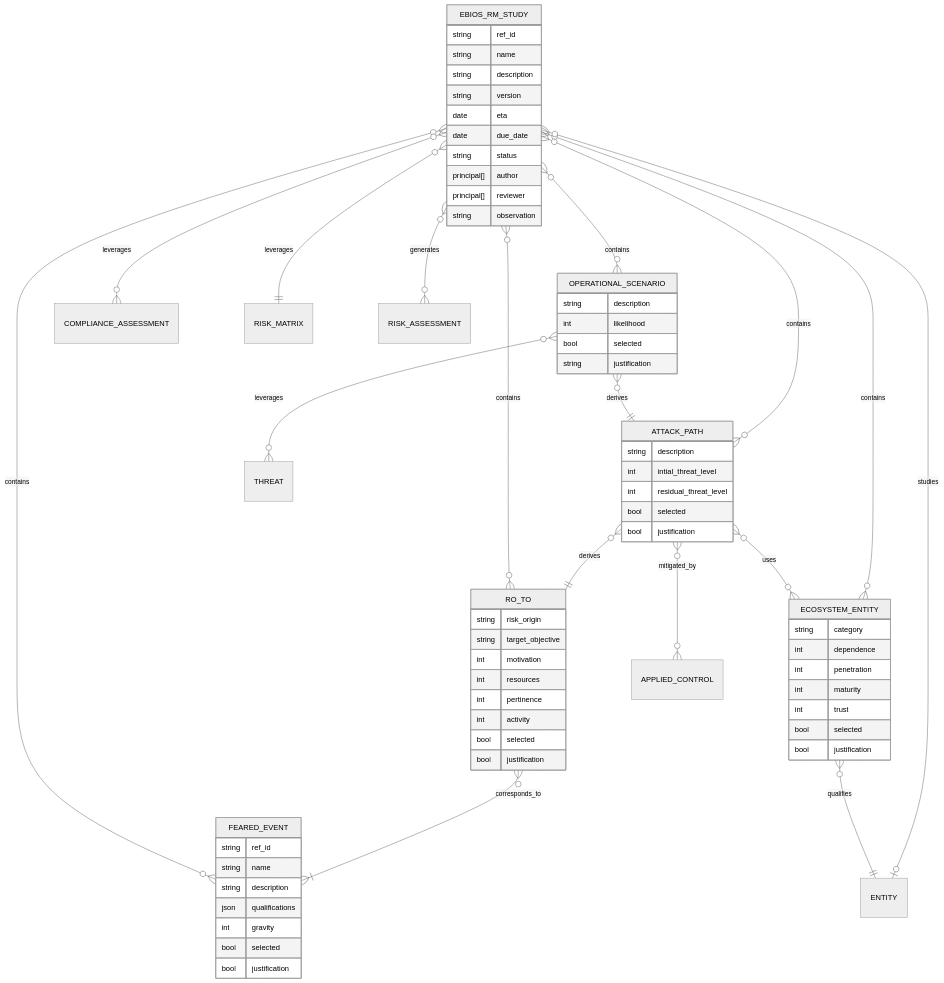
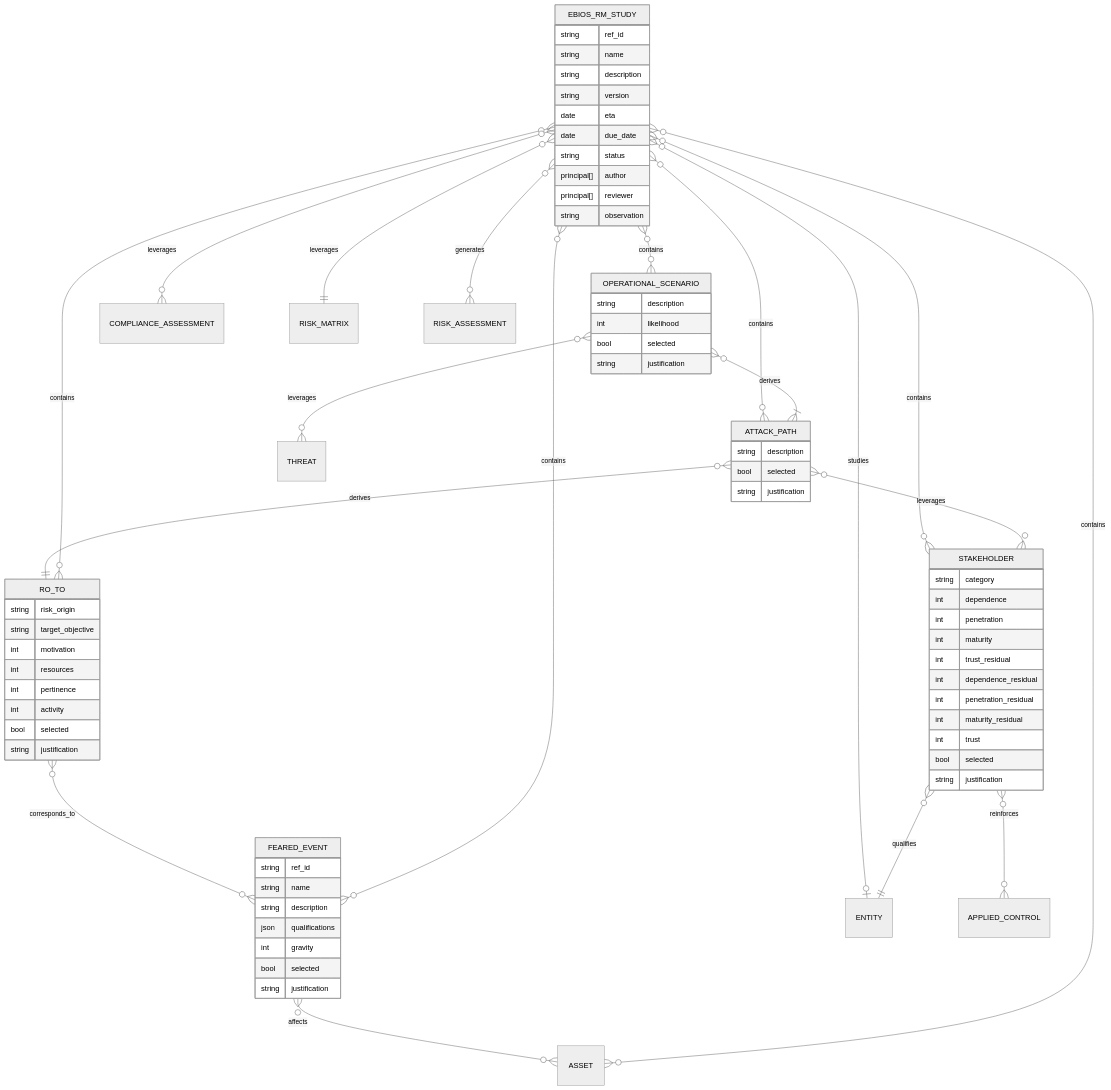
Before and after one commit to intuitem/ciso-assistant-community: the tenth of 10 diagrams in documentation/architecture/data-model.md, drawn with Mermaid (neutral theme). The commit also changed other lines of this file, not shown here.

Commit message:
Update data-model.md
fix ebios-rm model
ecosystem_entity -> stakeholder

```diff
--- a/documentation/architecture/data-model.md
+++ b/documentation/architecture/data-model.md
@@ -1258,21 +1258,23 @@
 erDiagram
 
     ATTACK_PATH           }o--|| RO_TO                : derives
-    RO_TO                 }o--|{ FEARED_EVENT         : corresponds_to
+    RO_TO                 }o--o{ FEARED_EVENT         : corresponds_to
+    FEARED_EVENT          }o--o{ ASSET                : affects
     EBIOS_RM_STUDY        }o--o{ RO_TO                : contains
-    EBIOS_RM_STUDY        }o--o{ ECOSYSTEM_ENTITY     : contains
+    EBIOS_RM_STUDY        }o--o{ STAKEHOLDER          : contains
     EBIOS_RM_STUDY        }o--o{ OPERATIONAL_SCENARIO : contains
     EBIOS_RM_STUDY        }o--o{ FEARED_EVENT         : contains
     EBIOS_RM_STUDY        }o--o{ ATTACK_PATH          : contains
+    EBIOS_RM_STUDY        }o--o{ ASSET                : contains
     EBIOS_RM_STUDY        }o--o| ENTITY               : studies
     EBIOS_RM_STUDY        }o--o{ COMPLIANCE_ASSESSMENT: leverages
     EBIOS_RM_STUDY        }o--|| RISK_MATRIX          : leverages
     EBIOS_RM_STUDY        }o--o{ RISK_ASSESSMENT      : generates
-    OPERATIONAL_SCENARIO  }o--|| ATTACK_PATH          : derives
+    OPERATIONAL_SCENARIO  }o--|{ ATTACK_PATH          : derives
     OPERATIONAL_SCENARIO  }o--o{ THREAT               : leverages
-    ATTACK_PATH           }o--o{ ECOSYSTEM_ENTITY     : uses
-    ATTACK_PATH           }o--o{ APPLIED_CONTROL      : mitigated_by
-    ECOSYSTEM_ENTITY      }o--|| ENTITY               : qualifies
+    ATTACK_PATH           }o--o{ STAKEHOLDER          : leverages
+    STAKEHOLDER           }o--o{ APPLIED_CONTROL      : reinforces
+    STAKEHOLDER           }o--|| ENTITY               : qualifies
 
     EBIOS_RM_STUDY {
         string      ref_id
@@ -1295,7 +1297,7 @@
         json   qualifications
         int    gravity
         bool   selected
-        bool   justification
+        string justification
     }
 
     RO_TO {
@@ -1306,25 +1308,27 @@
         int    pertinence
         int    activity
         bool   selected
-        bool   justification
+        string justification
     }
 
-    ECOSYSTEM_ENTITY {
+    STAKEHOLDER {
         string category
         int    dependence
         int    penetration
         int    maturity
+        int    trust_residual
+        int    dependence_residual
+        int    penetration_residual
+        int    maturity_residual
         int    trust
         bool   selected
-        bool   justification
+        string justification
     }
 
     ATTACK_PATH {
         string description
-        int    intial_threat_level
-        int    residual_threat_level
         bool   selected
-        bool   justification
+        string justification
     }
 
     OPERATIONAL_SCENARIO {
```
